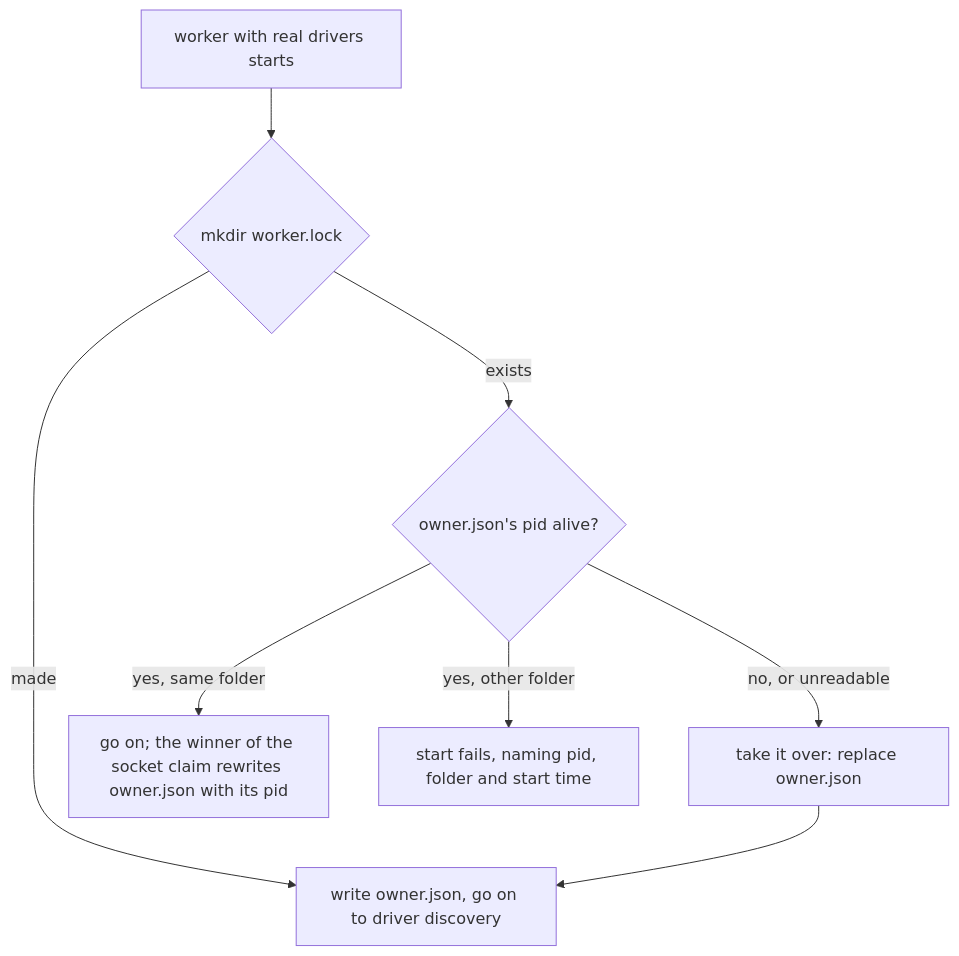
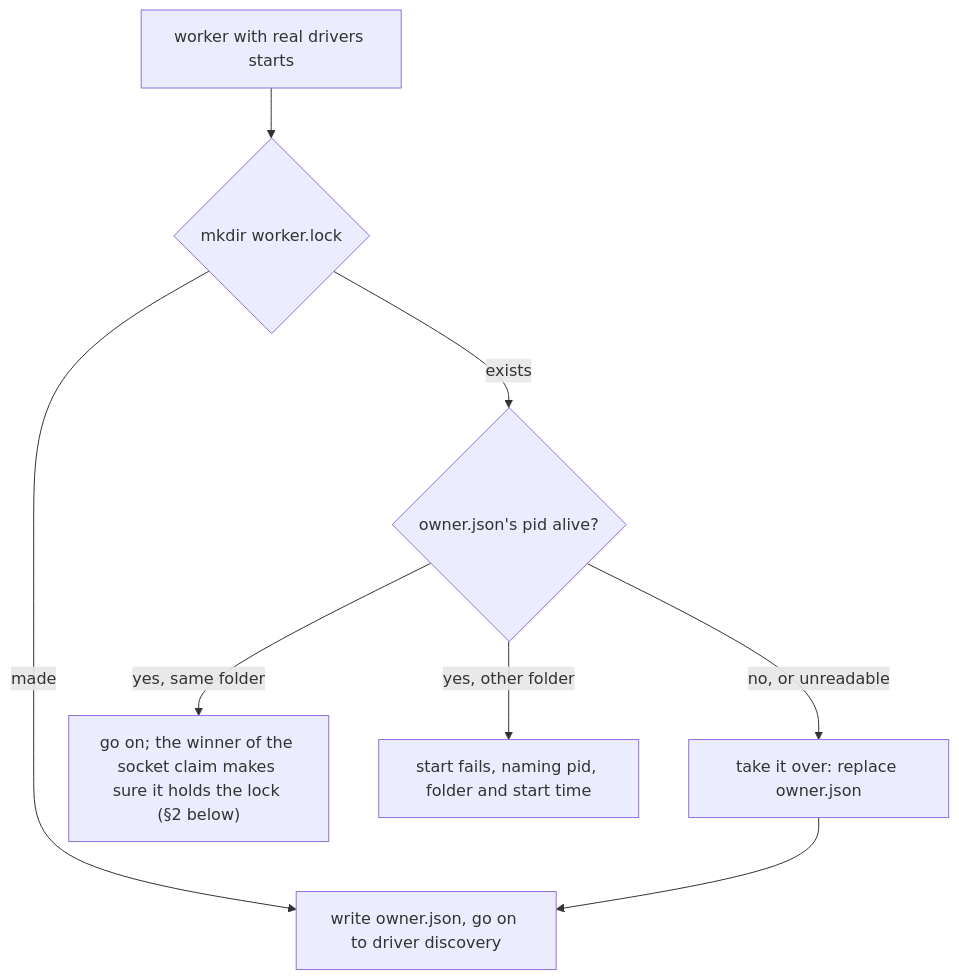
Before and after one commit to callstackincubator/simlock: the diagram in docs/internal/adr/0059-a-worker-with-real-drivers-holds-a-per-user-lock.md, drawn with Mermaid. The commit also changed other lines of this file, not shown here.

Commit message:
docs(adr): 0059 the claim winner makes sure it holds the lock (#1189)

````diff
--- a/docs/internal/adr/0059-a-worker-with-real-drivers-holds-a-per-user-lock.md
+++ b/docs/internal/adr/0059-a-worker-with-real-drivers-holds-a-per-user-lock.md
@@ -63,9 +63,9 @@
 ```mermaid
 flowchart TD
   S["worker with real drivers starts"] --> M{"mkdir worker.lock"}
   M -- made --> W["write owner.json, go on to driver discovery"]
   M -- exists --> R{"owner.json's pid alive?"}
   R -- no, or unreadable --> T["take it over: replace owner.json"] --> W
-  R -- "yes, same folder" --> C["go on; the winner of the socket claim rewrites owner.json with its pid"]
+  R -- "yes, same folder" --> C["go on; the winner of the socket claim makes sure it holds the lock (§2 below)"]
   R -- "yes, other folder" --> X["start fails, naming pid, folder and start time"]
 ```
````
